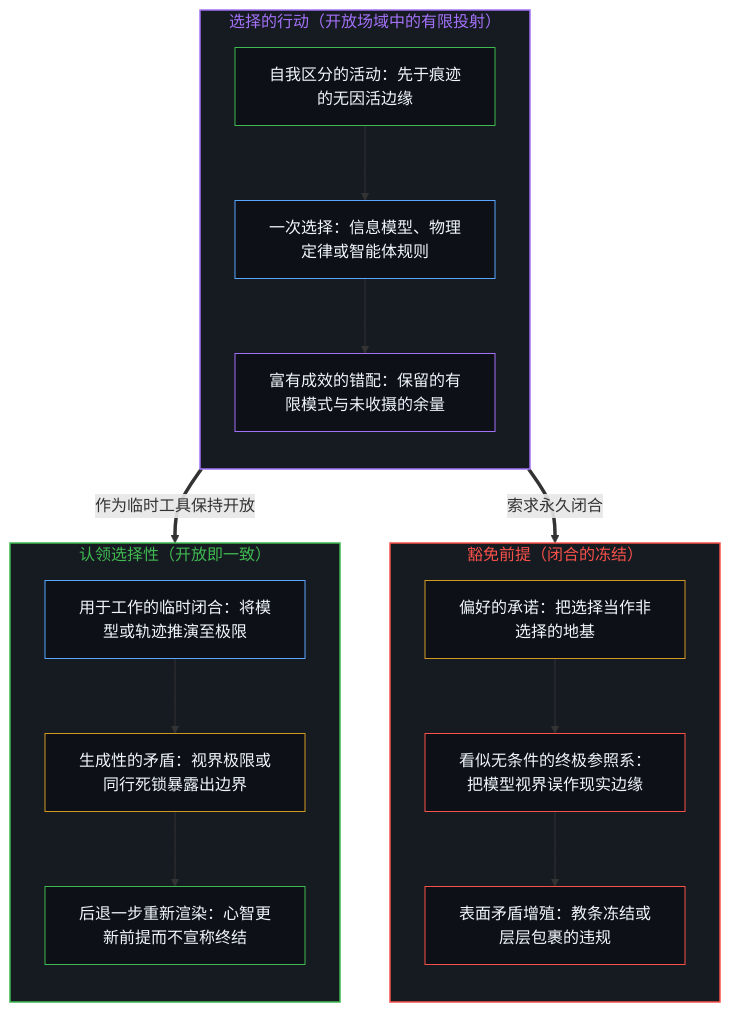
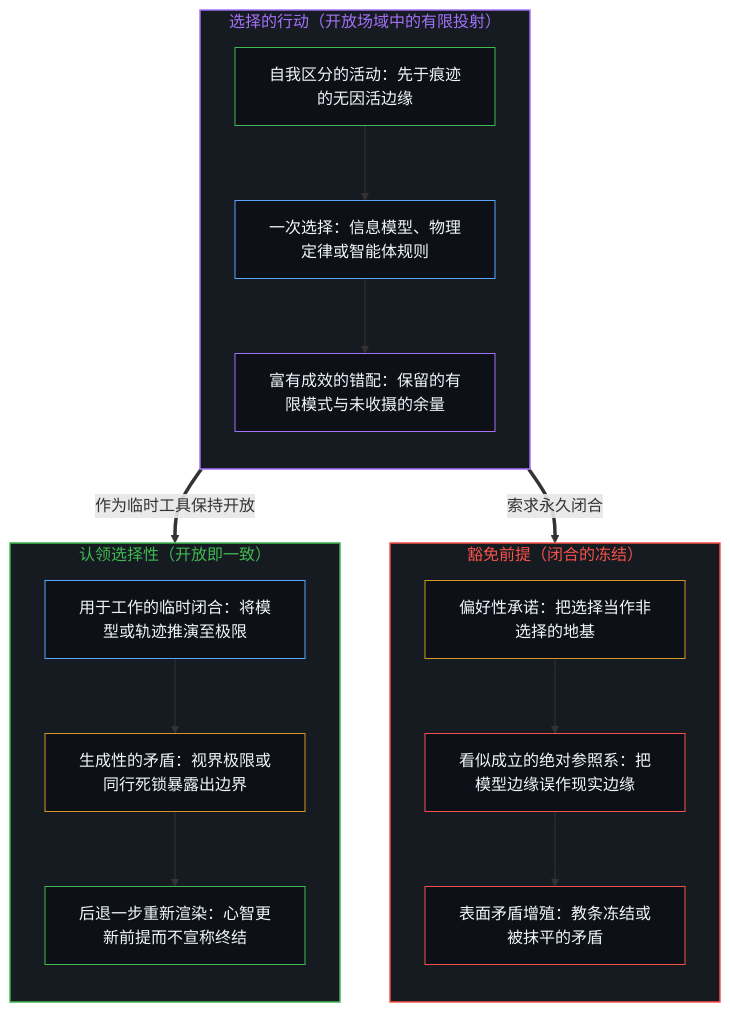
Before and after one commit to powerpig99/not-a-toe: the first of 2 diagrams in content/posts/selection-contradiction-and-open-reality.md, drawn with Mermaid. The commit also changed other lines of this file and 12 other files, not shown here.

````diff
--- a/content/posts/selection-contradiction-and-open-reality.md
+++ b/content/posts/selection-contradiction-and-open-reality.md
@@ -49,38 +49,38 @@
 ```mermaid
 flowchart TD
     subgraph S_Cut["选择的行动（开放场域中的有限投射）"]
         direction TB
         Edge["自我区分的活动：先于痕迹的无因活边缘"]
         Sel["一次选择：信息模型、物理定律或智能体规则"]
         Split["富有成效的错配：保留的有限模式与未收摄的余量"]
         Edge --> Sel --> Split
     end
     subgraph S_Ex["豁免前提（闭合的冻结）"]
         direction TB
-        Ex1["偏好的承诺：把选择当作非选择的地基"]
-        Ex2["看似无条件的终极参照系：把模型视界误作现实边缘"]
-        Ex3["表面矛盾增殖：教条冻结或层层包裹的违规"]
+        Ex1["偏好性承诺：把选择当作非选择的地基"]
+        Ex2["看似成立的绝对参照系：把模型边缘误作现实边缘"]
+        Ex3["表面矛盾增殖：教条冻结或被抹平的矛盾"]
         Ex1 --> Ex2 --> Ex3
     end
     subgraph S_Own["认领选择性（开放即一致）"]
         direction TB
         O1["用于工作的临时闭合：将模型或轨迹推演至极限"]
         O2["生成性的矛盾：视界极限或同行死锁暴露出边界"]
         O3["后退一步重新渲染：心智更新前提而不宣称终结"]
         O1 --> O2 --> O3
     end
     Split ==>|"索求永久闭合"| Ex1
     Split ==>|"作为临时工具保持开放"| O1
     style S_Cut fill:#161b22,stroke:#a371f7,stroke-width:1.5px,color:#a371f7
     style S_Ex fill:#161b22,stroke:#f85149,stroke-width:1.5px,color:#f85149
     style S_Own fill:#161b22,stroke:#3fb950,stroke-width:1.5px,color:#3fb950
     style Edge fill:#0d1117,stroke:#3fb950,stroke-width:1px,color:#f0f6fc
     style Sel fill:#0d1117,stroke:#58a6ff,stroke-width:1px,color:#f0f6fc
     style Split fill:#0d1117,stroke:#a371f7,stroke-width:1px,color:#f0f6fc
     style Ex1 fill:#0d1117,stroke:#d29922,stroke-width:1px,color:#f0f6fc
     style Ex2 fill:#0d1117,stroke:#f85149,stroke-width:1px,color:#f0f6fc
     style Ex3 fill:#0d1117,stroke:#f85149,stroke-width:1px,color:#f0f6fc
     style O1 fill:#0d1117,stroke:#58a6ff,stroke-width:1px,color:#f0f6fc
     style O2 fill:#0d1117,stroke:#d29922,stroke-width:1px,color:#f0f6fc
     style O3 fill:#0d1117,stroke:#3fb950,stroke-width:1px,color:#f0f6fc
 ```
````
